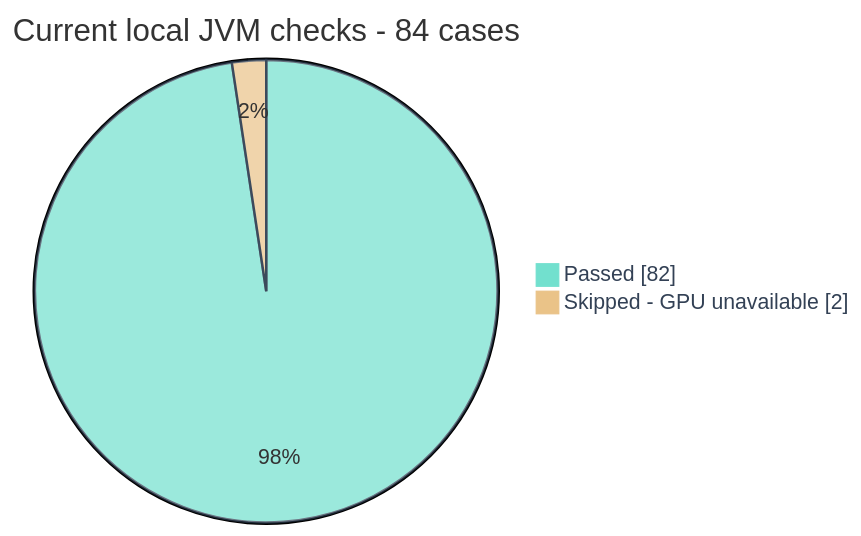
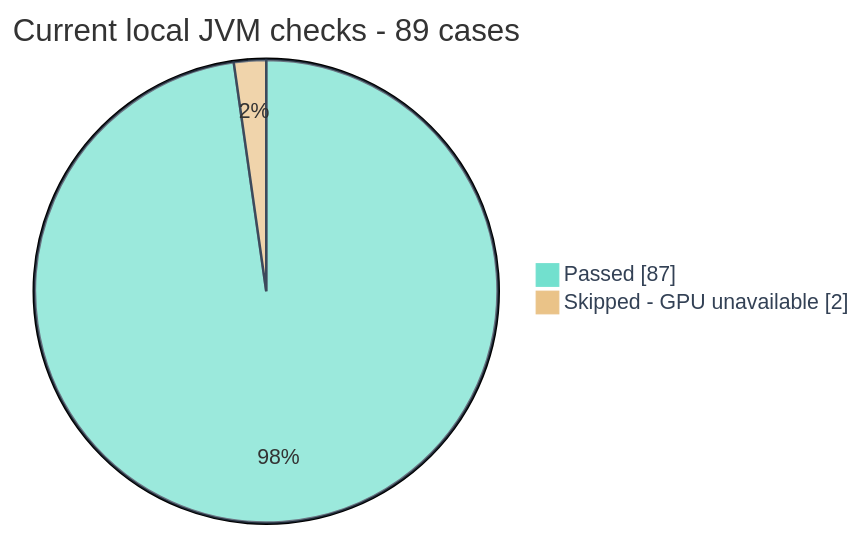
Before and after one commit to sabbirimon/HyperL: the third of 4 diagrams in README.md, drawn with Mermaid. The commit also changed other lines of this file and 58 other files, not shown here.

````diff
--- a/README.md
+++ b/README.md
@@ -329,7 +347,7 @@
 ```mermaid
 %%{init: {'theme':'base','themeVariables':{'pie1':'#72e0ce','pie2':'#eac388','pieStrokeColor':'#2a394d','pieLegendTextColor':'#334155'}}}%%
 pie showData
-    title Current local JVM checks - 84 cases
-    "Passed" : 82
+    title Current local JVM checks - 89 cases
+    "Passed" : 87
     "Skipped - GPU unavailable" : 2
 ```
````
